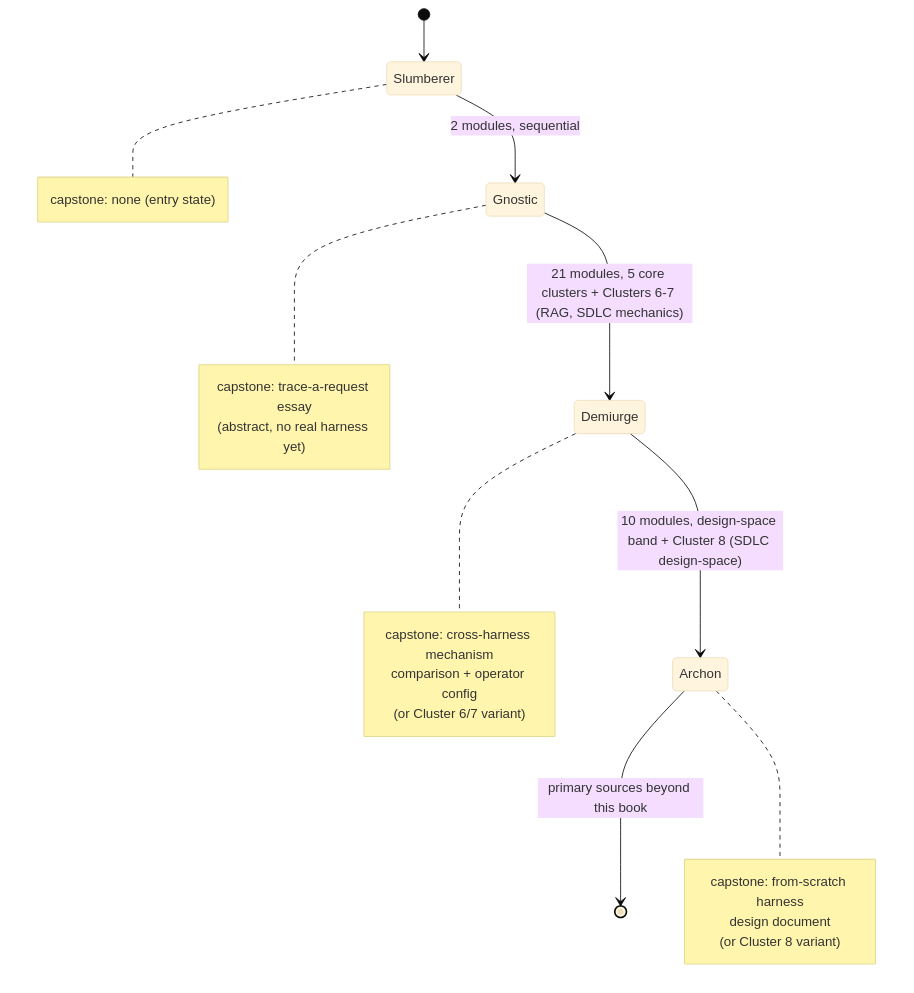
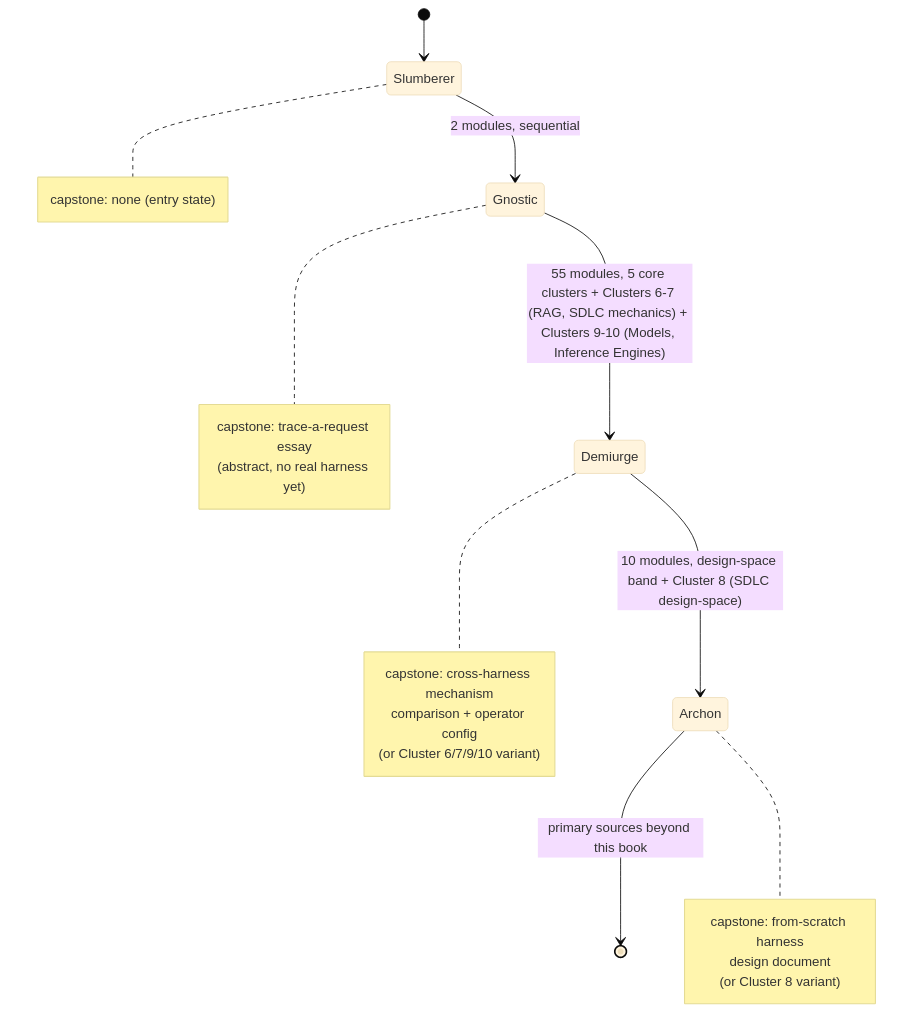
The first of 2 diagrams in references/harnesses/knowledge-path-curriculum.md (sfernandezplain/AIrchon), drawn with Mermaid (base theme) before and after one commit. The commit also changed other lines of this file and 7 other files, not shown here.

````diff
--- a/references/harnesses/knowledge-path-curriculum.md
+++ b/references/harnesses/knowledge-path-curriculum.md
@@ -49,25 +76,25 @@
 ```mermaid
 stateDiagram-v2
     [*] --> Slumberer
     Slumberer --> Gnostic: 2 modules, sequential
-    Gnostic --> Demiurge: 21 modules, 5 core clusters + Clusters 6-7 (RAG, SDLC mechanics)
+    Gnostic --> Demiurge: 55 modules, 5 core clusters + Clusters 6-7 (RAG, SDLC mechanics) + Clusters 9-10 (Models, Inference Engines)
     Demiurge --> Archon: 10 modules, design-space band + Cluster 8 (SDLC design-space)
     Archon --> [*]: primary sources beyond this book
     note right of Slumberer
         capstone: none (entry state)
     end note
     note right of Gnostic
         capstone: trace-a-request essay
         (abstract, no real harness yet)
     end note
     note right of Demiurge
         capstone: cross-harness mechanism
         comparison + operator config
-        (or Cluster 6/7 variant)
+        (or Cluster 6/7/9/10 variant)
     end note
     note right of Archon
         capstone: from-scratch harness
         design document
         (or Cluster 8 variant)
     end note
 ```
````
